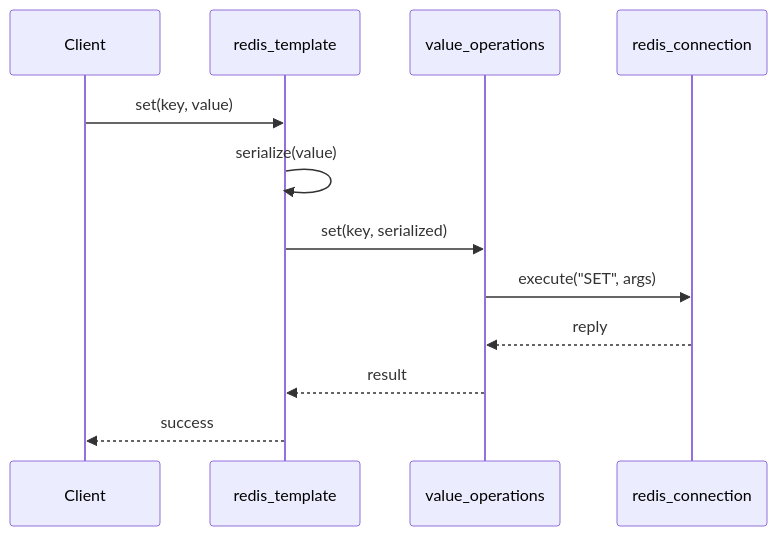
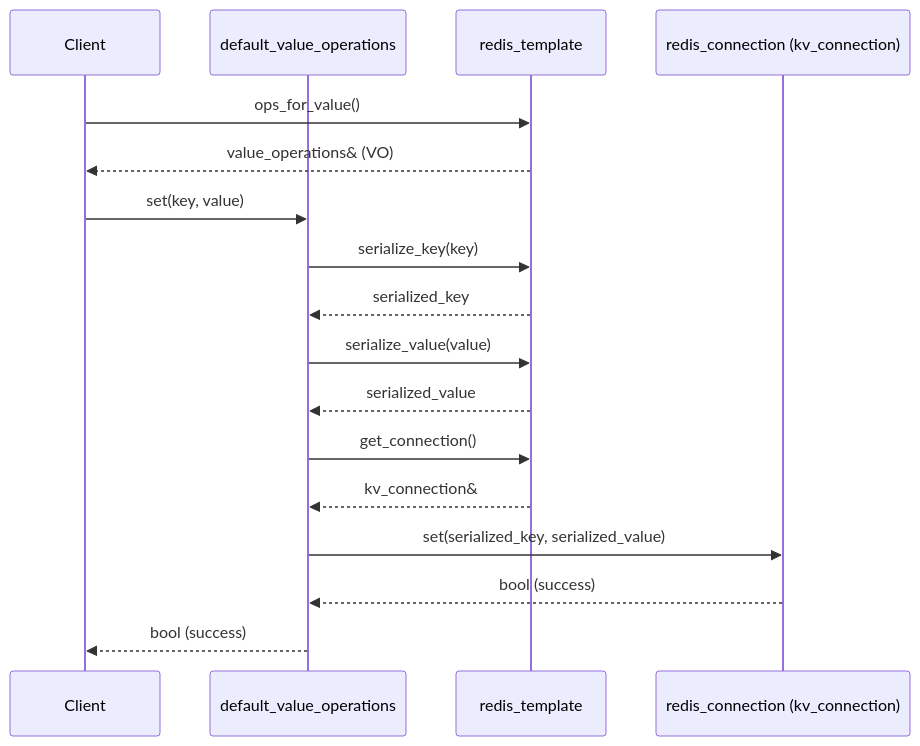
Before and after one commit to lwhttpdorg/redisdal: the second of 3 diagrams in docs/DESIGN.md, drawn with Mermaid. The commit also changed other lines of this file and 1 other file, not shown here.

````diff
--- a/docs/DESIGN.md
+++ b/docs/DESIGN.md
@@ -178,15 +307,20 @@
 ```mermaid
 sequenceDiagram
     participant Client
+    participant VO as default_value_operations
     participant RT as redis_template
-    participant VO as value_operations
-    participant RC as redis_connection
+    participant RC as redis_connection (kv_connection)
 
-    Client->>RT: set(key, value)
-    RT->>RT: serialize(value)
-    RT->>VO: set(key, serialized)
-    VO->>RC: execute("SET", args)
-    RC-->>VO: reply
-    VO-->>RT: result
-    RT-->>Client: success
+    Client->>RT: ops_for_value()
+    RT-->>Client: value_operations& (VO)
+    Client->>VO: set(key, value)
+    VO->>RT: serialize_key(key)
+    RT-->>VO: serialized_key
+    VO->>RT: serialize_value(value)
+    RT-->>VO: serialized_value
+    VO->>RT: get_connection()
+    RT-->>VO: kv_connection&
+    VO->>RC: set(serialized_key, serialized_value)
+    RC-->>VO: bool (success)
+    VO-->>Client: bool (success)
 ```
````
